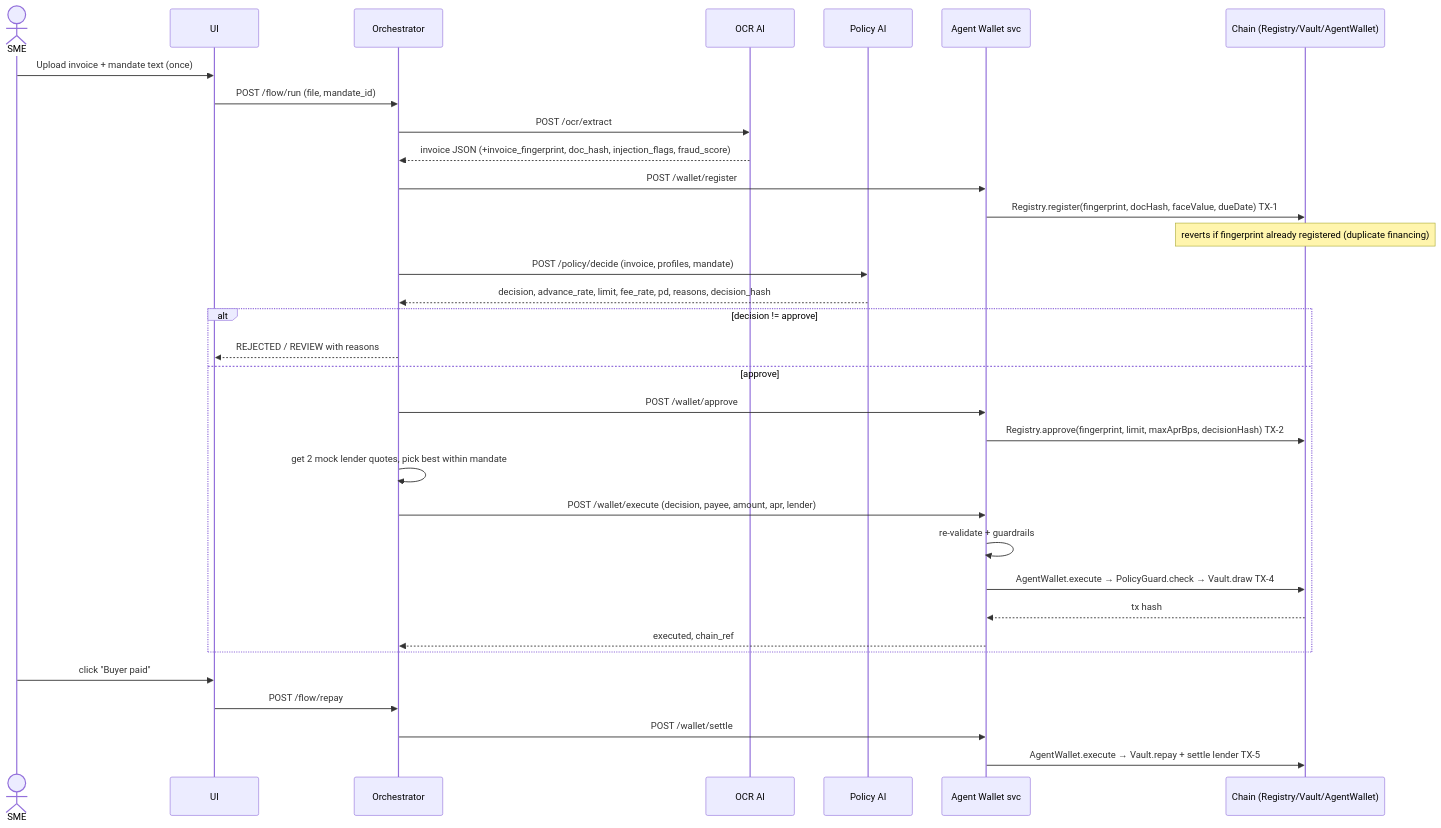
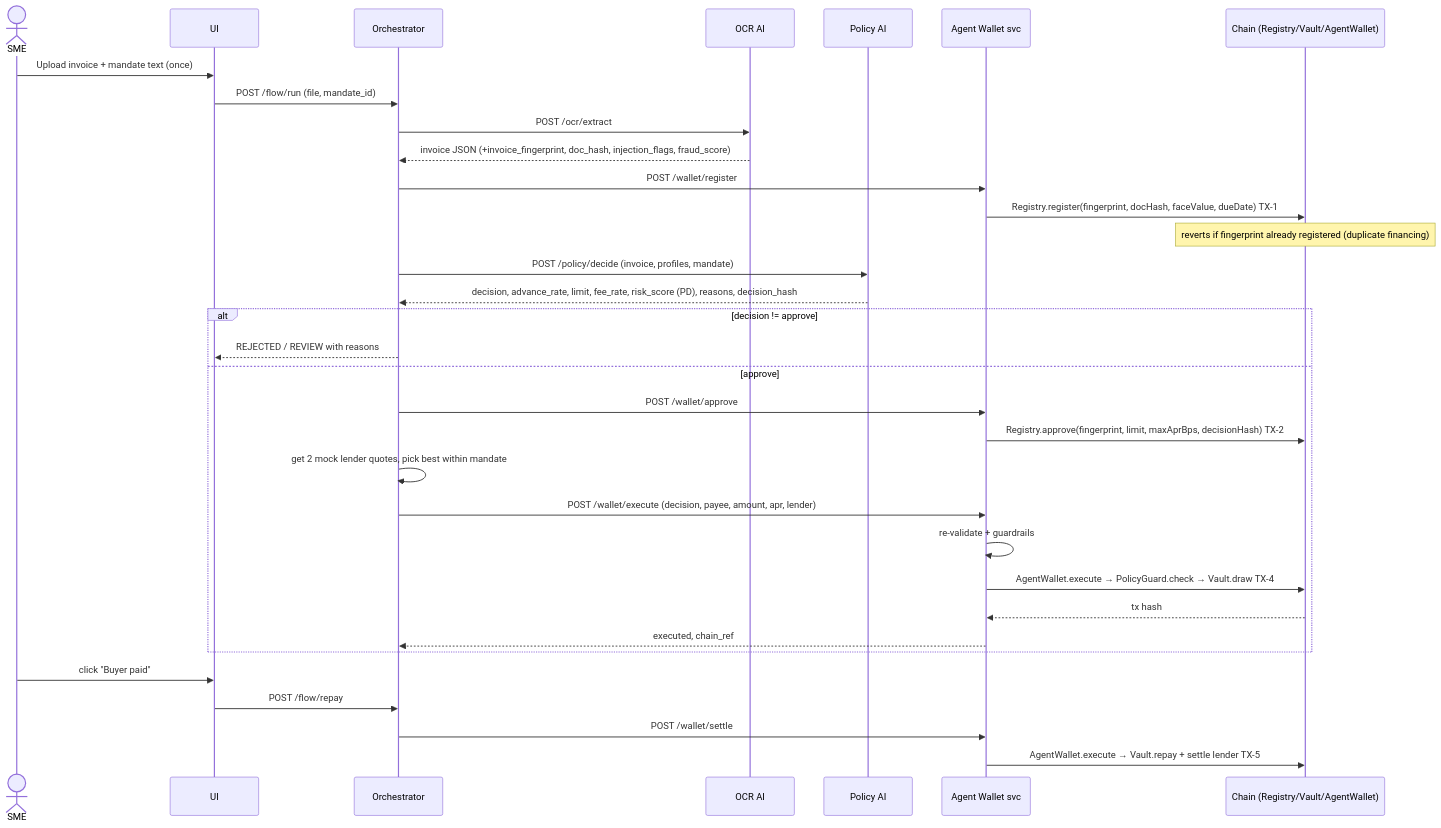
The second of 2 diagrams in docs/01-architecture.md (Khawpuneiei/ReceivableOS), drawn with Mermaid before and after one commit. The commit also changed other lines of this file, not shown here.

First line of the commit message:
docs(architecture): risk_score is buyer PD; adopt Policy mandate field names

````diff
--- a/docs/01-architecture.md
+++ b/docs/01-architecture.md
@@ -145,36 +145,36 @@
 ```mermaid
 sequenceDiagram
     actor SME
     participant UI
     participant ORC as Orchestrator
     participant OCR as OCR AI
     participant POL as Policy AI
     participant WAL as Agent Wallet svc
     participant CH as Chain (Registry/Vault/AgentWallet)
 
     SME->>UI: Upload invoice + mandate text (once)
     UI->>ORC: POST /flow/run (file, mandate_id)
     ORC->>OCR: POST /ocr/extract
     OCR-->>ORC: invoice JSON (+invoice_fingerprint, doc_hash, injection_flags, fraud_score)
     ORC->>WAL: POST /wallet/register
     WAL->>CH: Registry.register(fingerprint, docHash, faceValue, dueDate)  TX-1
     Note over CH: reverts if fingerprint already registered (duplicate financing)
     ORC->>POL: POST /policy/decide (invoice, profiles, mandate)
-    POL-->>ORC: decision, advance_rate, limit, fee_rate, pd, reasons, decision_hash
+    POL-->>ORC: decision, advance_rate, limit, fee_rate, risk_score (PD), reasons, decision_hash
     alt decision != approve
         ORC-->>UI: REJECTED / REVIEW with reasons
     else approve
         ORC->>WAL: POST /wallet/approve
         WAL->>CH: Registry.approve(fingerprint, limit, maxAprBps, decisionHash)  TX-2
         ORC->>ORC: get 2 mock lender quotes, pick best within mandate
         ORC->>WAL: POST /wallet/execute (decision, payee, amount, apr, lender)
         WAL->>WAL: re-validate + guardrails
         WAL->>CH: AgentWallet.execute → PolicyGuard.check → Vault.draw  TX-4
         CH-->>WAL: tx hash
         WAL-->>ORC: executed, chain_ref
     end
     SME->>UI: click "Buyer paid"
     UI->>ORC: POST /flow/repay
     ORC->>WAL: POST /wallet/settle
     WAL->>CH: AgentWallet.execute → Vault.repay + settle lender  TX-5
 ```
````
